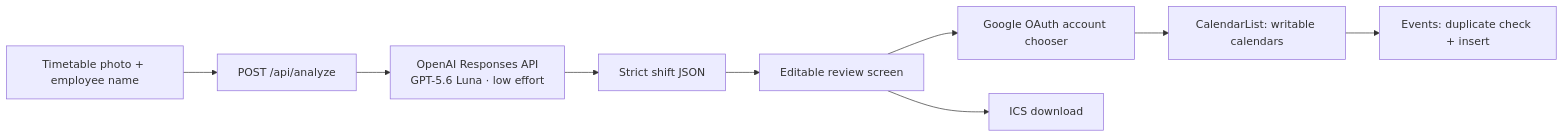
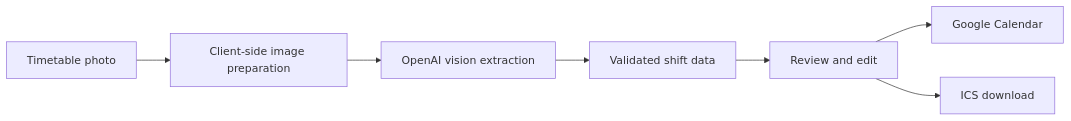
The diagram in README.md (AyBeeee/shiftly), drawn with Mermaid before and after one commit. The commit also changed other lines of this file and 14 other files, not shown here.

````diff
--- a/README.md
+++ b/README.md
@@ -60,11 +24,9 @@
 ```mermaid
 flowchart LR
-    A["Timetable photo + employee name"] --> B["POST /api/analyze"]
-    B --> C["OpenAI Responses API<br/>GPT-5.6 Luna · low effort"]
-    C --> D["Strict shift JSON"]
-    D --> E["Editable review screen"]
-    E --> F["Google OAuth account chooser"]
-    F --> G["CalendarList: writable calendars"]
-    G --> H["Events: duplicate check + insert"]
-    E --> I["ICS download"]
+    A["Timetable photo"] --> B["Client-side image preparation"]
+    B --> C["OpenAI vision extraction"]
+    C --> D["Validated shift data"]
+    D --> E["Review and edit"]
+    E --> F["Google Calendar"]
+    E --> G["ICS download"]
 ```
````
